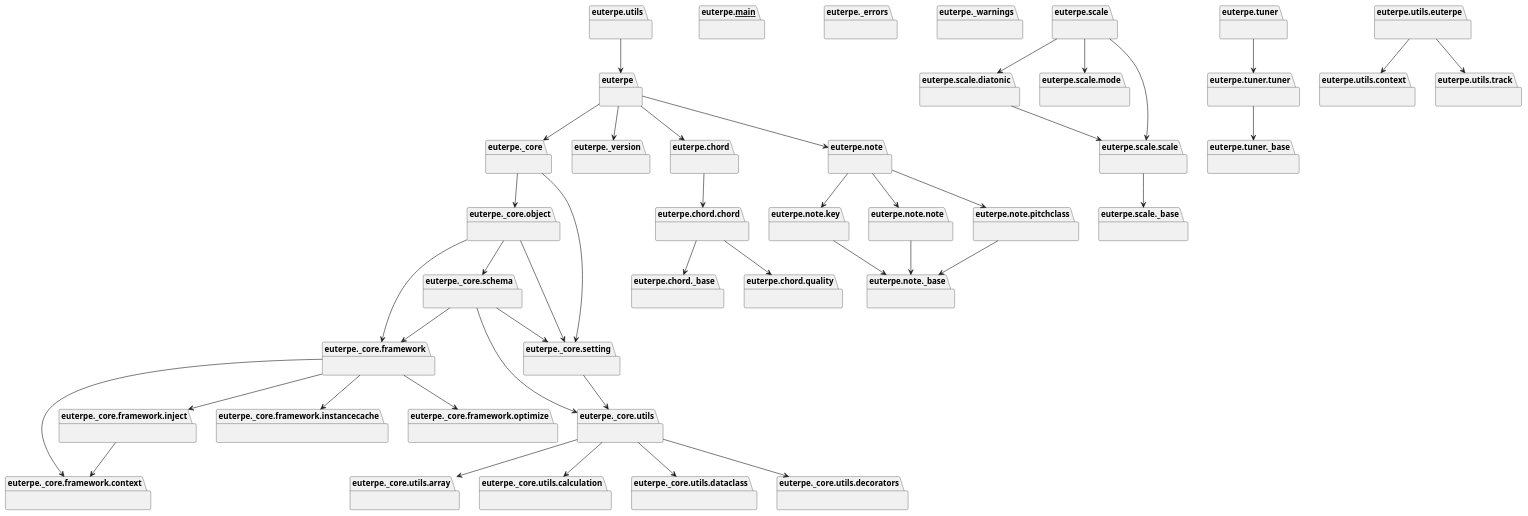
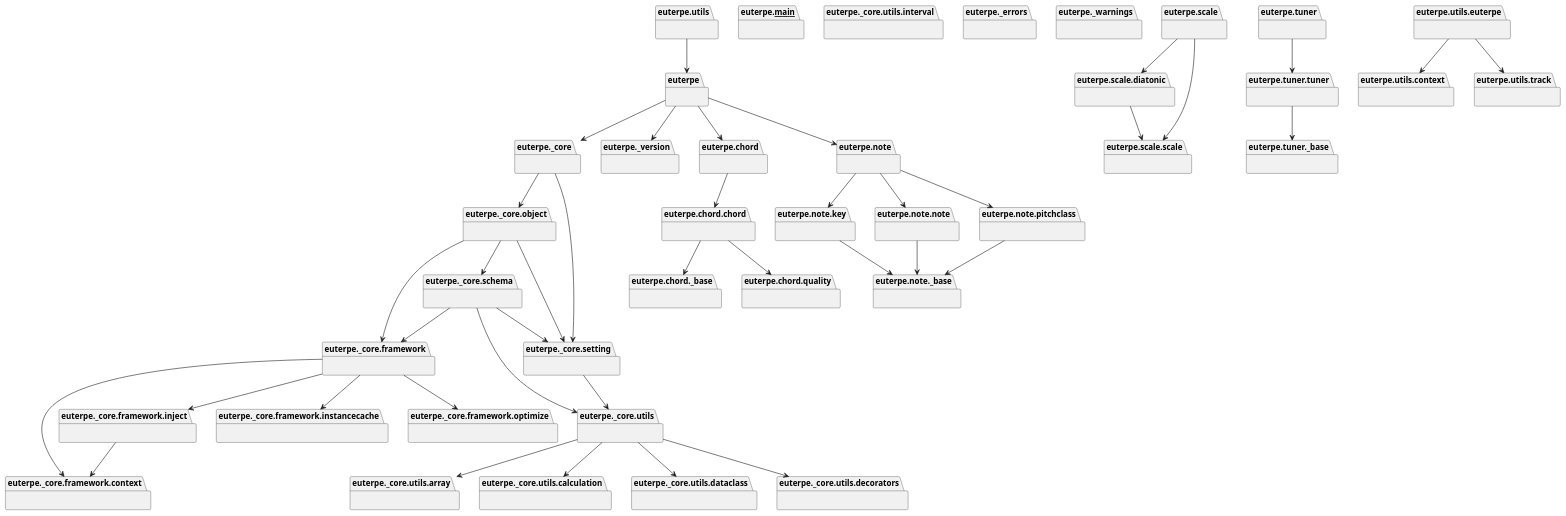
Before and after one commit to Oujox/aulos: the diagram in documents/design/class-diagram/packages.puml, drawn with PlantUML. The commit also changed 17 other files, not shown here.

Commit message:
refact scale package

```diff
--- a/documents/design/class-diagram/packages.puml
+++ b/documents/design/class-diagram/packages.puml
@@ -1,124 +1,120 @@
 @startuml packages
 set namespaceSeparator none
 package "euterpe" as euterpe {
 }
 package "euterpe.__main__" as euterpe.__main__ {
 }
 package "euterpe._core" as euterpe._core {
 }
 package "euterpe._core.framework" as euterpe._core.framework {
 }
 package "euterpe._core.framework.context" as euterpe._core.framework.context {
 }
 package "euterpe._core.framework.inject" as euterpe._core.framework.inject {
 }
 package "euterpe._core.framework.instancecache" as euterpe._core.framework.instancecache {
 }
 package "euterpe._core.framework.optimize" as euterpe._core.framework.optimize {
 }
 package "euterpe._core.object" as euterpe._core.object {
 }
 package "euterpe._core.schema" as euterpe._core.schema {
 }
 package "euterpe._core.setting" as euterpe._core.setting {
 }
 package "euterpe._core.utils" as euterpe._core.utils {
 }
 package "euterpe._core.utils.array" as euterpe._core.utils.array {
 }
 package "euterpe._core.utils.calculation" as euterpe._core.utils.calculation {
 }
 package "euterpe._core.utils.dataclass" as euterpe._core.utils.dataclass {
 }
 package "euterpe._core.utils.decorators" as euterpe._core.utils.decorators {
 }
+package "euterpe._core.utils.interval" as euterpe._core.utils.interval {
+}
 package "euterpe._errors" as euterpe._errors {
 }
 package "euterpe._version" as euterpe._version {
 }
 package "euterpe._warnings" as euterpe._warnings {
 }
 package "euterpe.chord" as euterpe.chord {
 }
 package "euterpe.chord._base" as euterpe.chord._base {
 }
 package "euterpe.chord.chord" as euterpe.chord.chord {
 }
 package "euterpe.chord.quality" as euterpe.chord.quality {
 }
 package "euterpe.note" as euterpe.note {
 }
 package "euterpe.note._base" as euterpe.note._base {
 }
 package "euterpe.note.key" as euterpe.note.key {
 }
 package "euterpe.note.note" as euterpe.note.note {
 }
 package "euterpe.note.pitchclass" as euterpe.note.pitchclass {
 }
 package "euterpe.scale" as euterpe.scale {
 }
-package "euterpe.scale._base" as euterpe.scale._base {
-}
 package "euterpe.scale.diatonic" as euterpe.scale.diatonic {
-}
-package "euterpe.scale.mode" as euterpe.scale.mode {
 }
 package "euterpe.scale.scale" as euterpe.scale.scale {
 }
 package "euterpe.tuner" as euterpe.tuner {
 }
 package "euterpe.tuner._base" as euterpe.tuner._base {
 }
 package "euterpe.tuner.tuner" as euterpe.tuner.tuner {
 }
 package "euterpe.utils" as euterpe.utils {
 }
 package "euterpe.utils.context" as euterpe.utils.context {
 }
 package "euterpe.utils.euterpe" as euterpe.utils.euterpe {
 }
 package "euterpe.utils.track" as euterpe.utils.track {
 }
 euterpe --> euterpe._core
 euterpe --> euterpe._version
 euterpe --> euterpe.chord
 euterpe --> euterpe.note
 euterpe._core --> euterpe._core.object
 euterpe._core --> euterpe._core.setting
 euterpe._core.framework --> euterpe._core.framework.context
 euterpe._core.framework --> euterpe._core.framework.inject
 euterpe._core.framework --> euterpe._core.framework.instancecache
 euterpe._core.framework --> euterpe._core.framework.optimize
 euterpe._core.framework.inject --> euterpe._core.framework.context
 euterpe._core.object --> euterpe._core.framework
 euterpe._core.object --> euterpe._core.schema
 euterpe._core.object --> euterpe._core.setting
 euterpe._core.schema --> euterpe._core.framework
 euterpe._core.schema --> euterpe._core.setting
 euterpe._core.schema --> euterpe._core.utils
 euterpe._core.setting --> euterpe._core.utils
 euterpe._core.utils --> euterpe._core.utils.array
 euterpe._core.utils --> euterpe._core.utils.calculation
 euterpe._core.utils --> euterpe._core.utils.dataclass
 euterpe._core.utils --> euterpe._core.utils.decorators
 euterpe.chord --> euterpe.chord.chord
 euterpe.chord.chord --> euterpe.chord._base
 euterpe.chord.chord --> euterpe.chord.quality
 euterpe.note --> euterpe.note.key
 euterpe.note --> euterpe.note.note
 euterpe.note --> euterpe.note.pitchclass
 euterpe.note.key --> euterpe.note._base
 euterpe.note.note --> euterpe.note._base
 euterpe.note.pitchclass --> euterpe.note._base
 euterpe.scale --> euterpe.scale.diatonic
-euterpe.scale --> euterpe.scale.mode
 euterpe.scale --> euterpe.scale.scale
 euterpe.scale.diatonic --> euterpe.scale.scale
-euterpe.scale.scale --> euterpe.scale._base
 euterpe.tuner --> euterpe.tuner.tuner
 euterpe.tuner.tuner --> euterpe.tuner._base
 euterpe.utils --> euterpe
 euterpe.utils.euterpe --> euterpe.utils.context
 euterpe.utils.euterpe --> euterpe.utils.track
 @enduml
```
